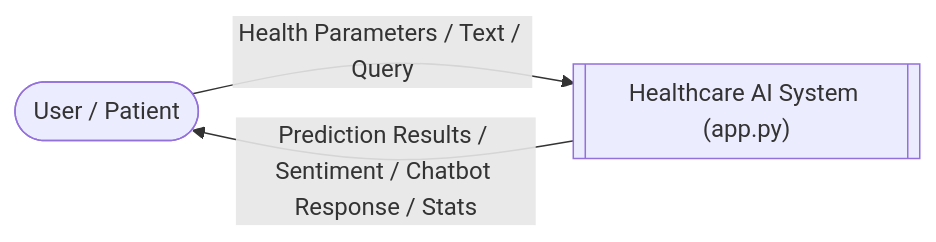
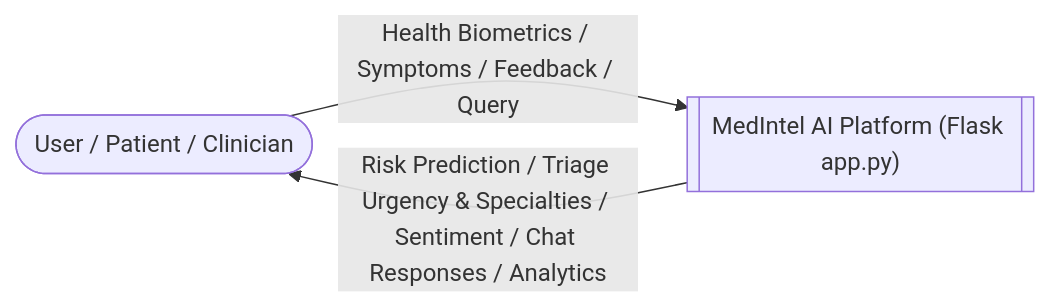
The sixth of 8 diagrams in SYSTEM_DIAGRAMS.md (vishwapradhan23/MedIntel-AI), drawn with Mermaid before and after one commit. The commit also changed other lines of this file and 28 other files, not shown here.

````diff
--- a/SYSTEM_DIAGRAMS.md
+++ b/SYSTEM_DIAGRAMS.md
@@ -154,5 +175,5 @@
 ```mermaid
 flowchart LR
-    User(["User / Patient"]) -->|Health Parameters / Text / Query| System[["Healthcare AI System (app.py)"]]
-    System -->|Prediction Results / Sentiment / Chatbot Response / Stats| User
+    User(["User / Patient / Clinician"]) -->|Health Biometrics / Symptoms / Feedback / Query| System[["MedIntel AI Platform (Flask app.py)"]]
+    System -->|Risk Prediction / Triage Urgency & Specialties / Sentiment / Chat Responses / Analytics| User
 ```
````
